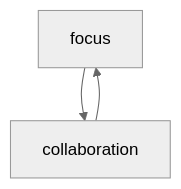
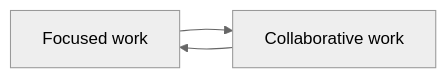
Before and after one commit to digital-work-lab/handbook: the first of 2 diagrams in docs/10-lab/10_processes/10.04.sop.md, drawn with Mermaid (neutral theme). The commit also changed other lines of this file, not shown here.

````diff
--- a/docs/10-lab/10_processes/10.04.sop.md
+++ b/docs/10-lab/10_processes/10.04.sop.md
@@ -50,6 +50,5 @@
 ```mermaid
-flowchart
-    direction TB
-    A["focus"] --> B["collaboration"]
+flowchart LR
+    A["Focused work"] --> B["Collaborative work"]
     B --> A
 ```
````
